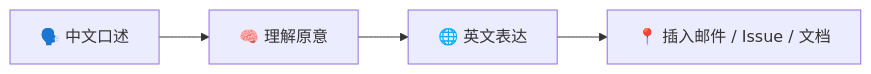
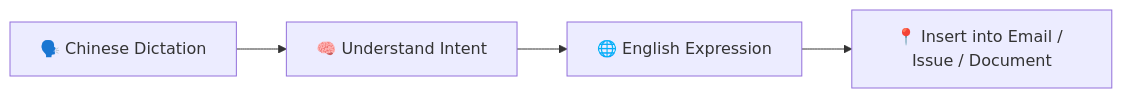
Before and after one commit to lubiny0601-spec/whisper-input: the third of 5 diagrams in README.md, drawn with Mermaid. The commit also changed other lines of this file and 1 other file, not shown here.

First line of the commit message:
docs: add English README and language switcher

````diff
--- a/README.md
+++ b/README.md
@@ -168,6 +174,6 @@
 ```mermaid
 flowchart LR
-  A["🗣️ 中文口述"] --> B["🧠 理解原意"]
-  B --> C["🌐 英文表达"]
-  C --> D["📍 插入邮件 / Issue / 文档"]
+  A["🗣️ Chinese Dictation"] --> B["🧠 Understand Intent"]
+  B --> C["🌐 English Expression"]
+  C --> D["📍 Insert into Email / Issue / Document"]
 ```
````
